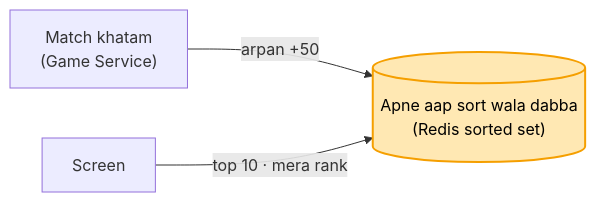
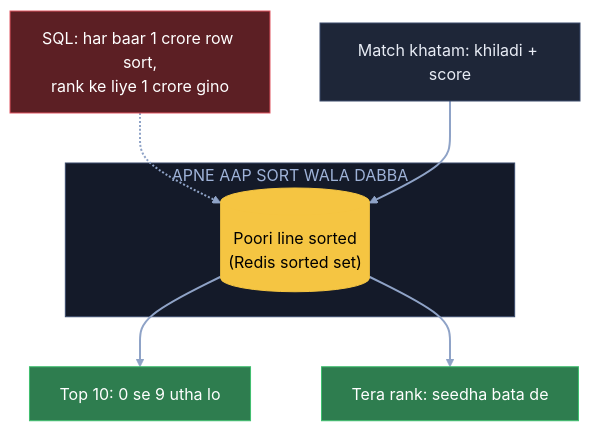
The first of 5 diagrams in 04_HLD/SYSTEM_DESIGNS/16_leaderboard/16_leaderboard.md (ArpanMaheshwari144/Prep), drawn with Mermaid before and after one commit. The commit also changed other lines of this file, not shown here.

Commit message:
Leaderboard: 5 diagram hand notes ke shabdon se

````diff
--- a/04_HLD/SYSTEM_DESIGNS/16_leaderboard/16_leaderboard.md
+++ b/04_HLD/SYSTEM_DESIGNS/16_leaderboard/16_leaderboard.md
@@ -36,6 +36,20 @@
 ```mermaid
-flowchart LR
-    G["Match khatam<br/>(Game Service)"] -- "arpan +50" --> Z[("Apne aap sort wala dabba<br/>(Redis sorted set)")]
-    U["Screen"] -- "top 10 · mera rank" --> Z
-    style Z fill:#ffe8b3,stroke:#f59f00,stroke-width:2px,color:#000
+flowchart TB
+    X["SQL: har baar 1 crore row sort,<br/>rank ke liye 1 crore gino"]:::bad
+    M["Match khatam: khiladi + score"]:::card
+    subgraph SD["APNE AAP SORT WALA DABBA"]
+        Z[("Poori line sorted<br/>(Redis sorted set)")]:::pill
+    end
+    T["Top 10: 0 se 9 utha lo"]:::good
+    R["Tera rank: seedha bata de"]:::good
+    X -.-> Z
+    M --> Z
+    Z --> T
+    Z --> R
+    linkStyle default stroke:#8fa3c7,stroke-width:2px
+    classDef card fill:#1e2638,stroke:#3a4a6b,color:#e8ecf5
+    classDef pill fill:#f5c542,stroke:#f5c542,color:#000
+    classDef good fill:#2e7d4f,stroke:#3fbf6f,color:#fff
+    classDef bad fill:#5c1f24,stroke:#e05561,color:#fff
+    style SD fill:#141a29,stroke:#3a4a6b,color:#9fb3d9
 ```
````
